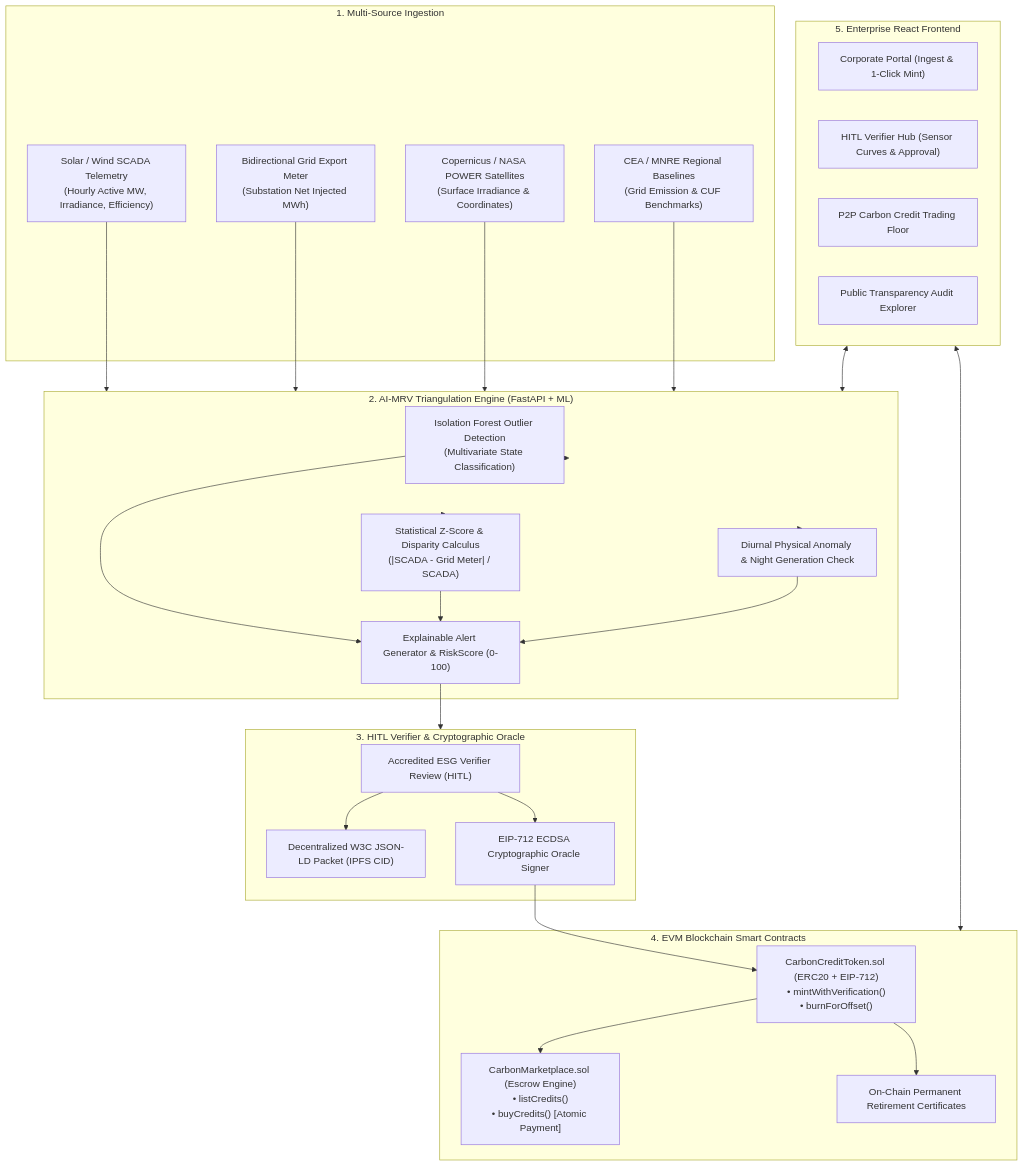
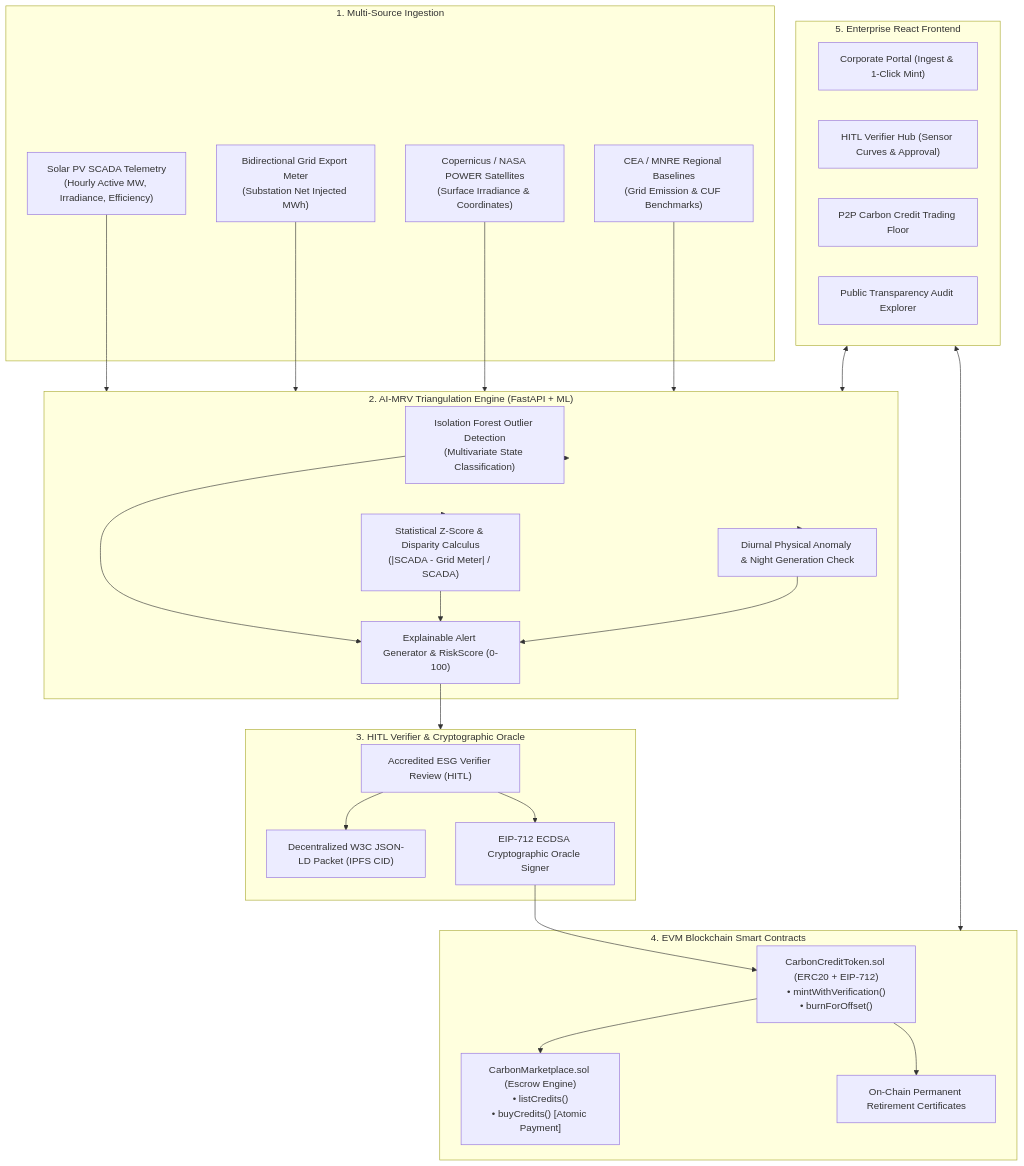
Before and after one commit to dakshgr8/zerotrace: the diagram in README.md, drawn with Mermaid. The commit also changed other lines of this file and 28 other files, not shown here.

````diff
--- a/README.md
+++ b/README.md
@@ -16,50 +16,50 @@
 ```mermaid
 flowchart TD
     subgraph Data_Sources ["1. Multi-Source Ingestion"]
-        SCADA["Solar / Wind SCADA Telemetry<br/>(Hourly Active MW, Irradiance, Efficiency)"]
+        SCADA["Solar PV SCADA Telemetry<br/>(Hourly Active MW, Irradiance, Efficiency)"]
         GRID["Bidirectional Grid Export Meter<br/>(Substation Net Injected MWh)"]
         SAT["Copernicus / NASA POWER Satellites<br/>(Surface Irradiance & Coordinates)"]
         CEA["CEA / MNRE Regional Baselines<br/>(Grid Emission & CUF Benchmarks)"]
     end
 
     subgraph AI_Engine ["2. AI-MRV Triangulation Engine (FastAPI + ML)"]
         IForest["Isolation Forest Outlier Detection<br/>(Multivariate State Classification)"]
         ZScore["Statistical Z-Score & Disparity Calculus<br/>(|SCADA - Grid Meter| / SCADA)"]
         NightCheck["Diurnal Physical Anomaly & Night Generation Check"]
         Alerts["Explainable Alert Generator & RiskScore (0-100)"]
     end
 
     subgraph HITL_Oracle ["3. HITL Verifier & Cryptographic Oracle"]
         Assessor["Accredited ESG Verifier Review (HITL)"]
         IPFS["Decentralized W3C JSON-LD Packet (IPFS CID)"]
         OracleSigner["EIP-712 ECDSA Cryptographic Oracle Signer"]
     end
 
     subgraph Web3_Ledger ["4. EVM Blockchain Smart Contracts"]
         Token["CarbonCreditToken.sol (ERC20 + EIP-712)<br/>• mintWithVerification()<br/>• burnForOffset()"]
         Market["CarbonMarketplace.sol (Escrow Engine)<br/>• listCredits()<br/>• buyCredits() [Atomic Payment]"]
         Cert["On-Chain Permanent Retirement Certificates"]
     end
 
     subgraph Frontend ["5. Enterprise React Frontend"]
         CorpPortal["Corporate Portal (Ingest & 1-Click Mint)"]
         VerifHub["HITL Verifier Hub (Sensor Curves & Approval)"]
         P2PMarket["P2P Carbon Credit Trading Floor"]
         Explorer["Public Transparency Audit Explorer"]
     end
 
     SCADA --> AI_Engine
     GRID --> AI_Engine
     SAT --> AI_Engine
     CEA --> AI_Engine
 
     AI_Engine --> IForest & ZScore & NightCheck --> Alerts
     Alerts --> HITL_Oracle
 
     Assessor --> IPFS & OracleSigner
     OracleSigner --> Token
     Token --> Market & Cert
 
     Frontend <--> AI_Engine
     Frontend <--> Web3_Ledger
 ```
````
